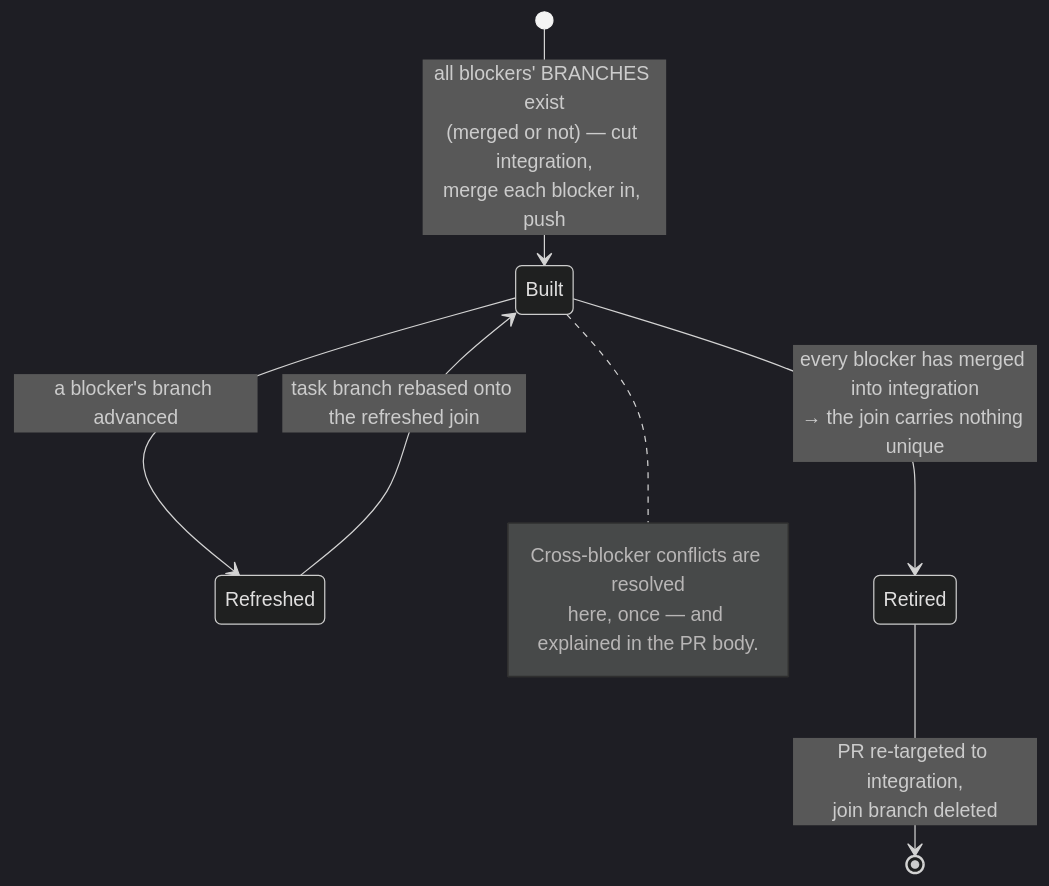
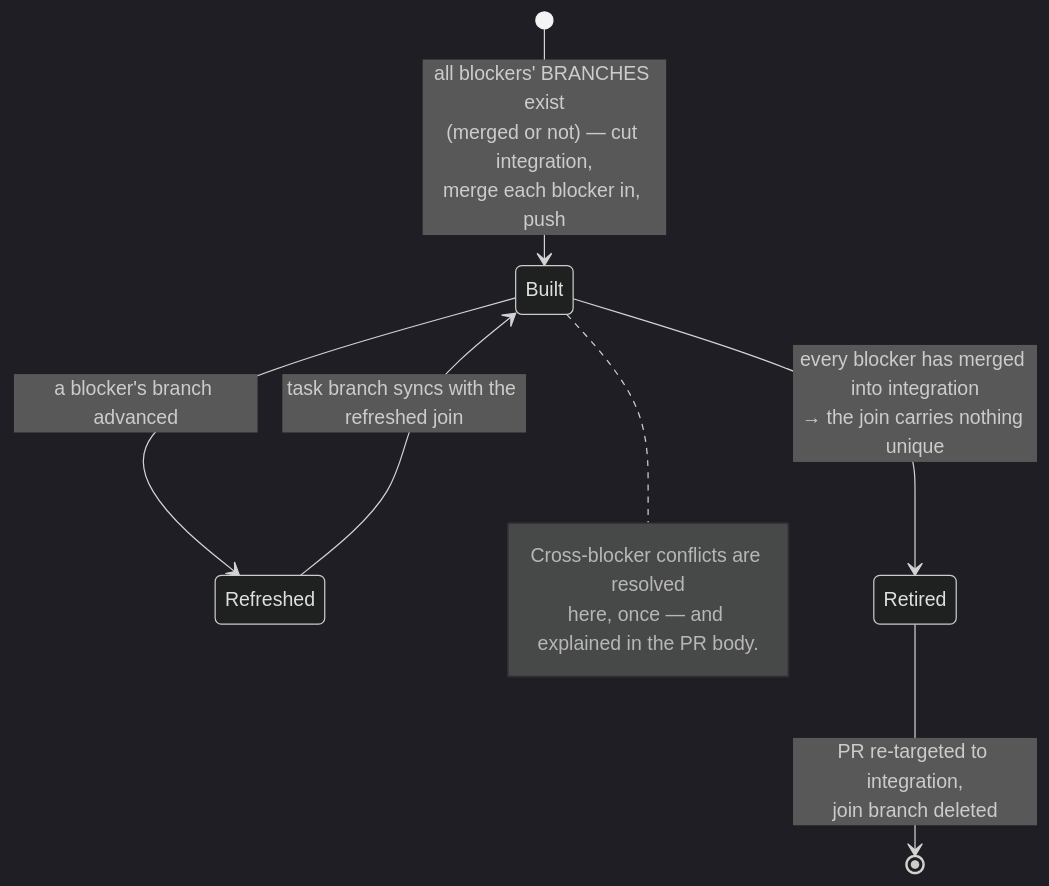
One commit to hugo-hsbtech/hsb-plugin-marketplace changed the fourth of 9 diagrams in plugins/cadence/README.md. Above: the diagram before and after it, drawn with Mermaid (dark theme). The commit also changed other lines of this file and 9 other files, not shown here.

````diff
--- a/plugins/cadence/README.md
+++ b/plugins/cadence/README.md
@@ -274,12 +275,12 @@
 ```mermaid
 stateDiagram-v2
   [*] --> Built: all blockers' BRANCHES exist<br/>(merged or not) — cut integration,<br/>merge each blocker in, push
   Built --> Refreshed: a blocker's branch advanced
-  Refreshed --> Built: task branch rebased onto the refreshed join
+  Refreshed --> Built: task branch syncs with the refreshed join
   Built --> Retired: every blocker has merged into integration<br/>→ the join carries nothing unique
   Retired --> [*]: PR re-targeted to integration,<br/>join branch deleted
   note right of Built
     Cross-blocker conflicts are resolved
     here, once — and explained in the PR body.
   end note
 ```
````
